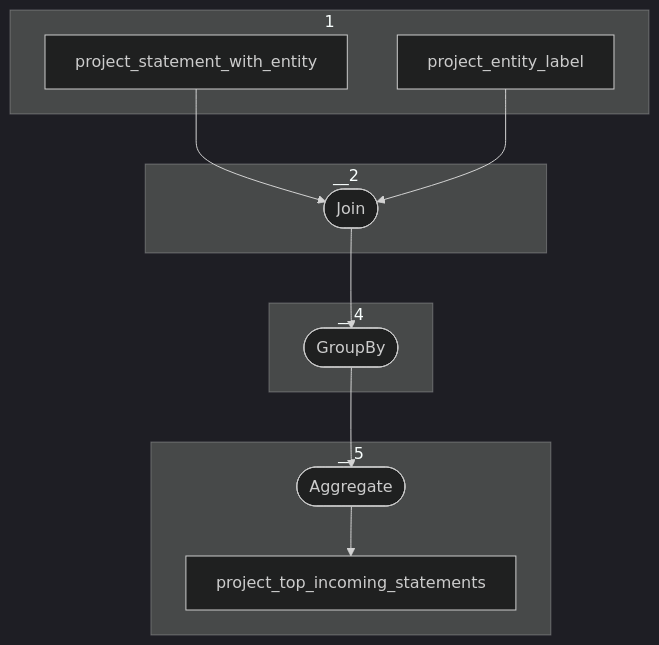
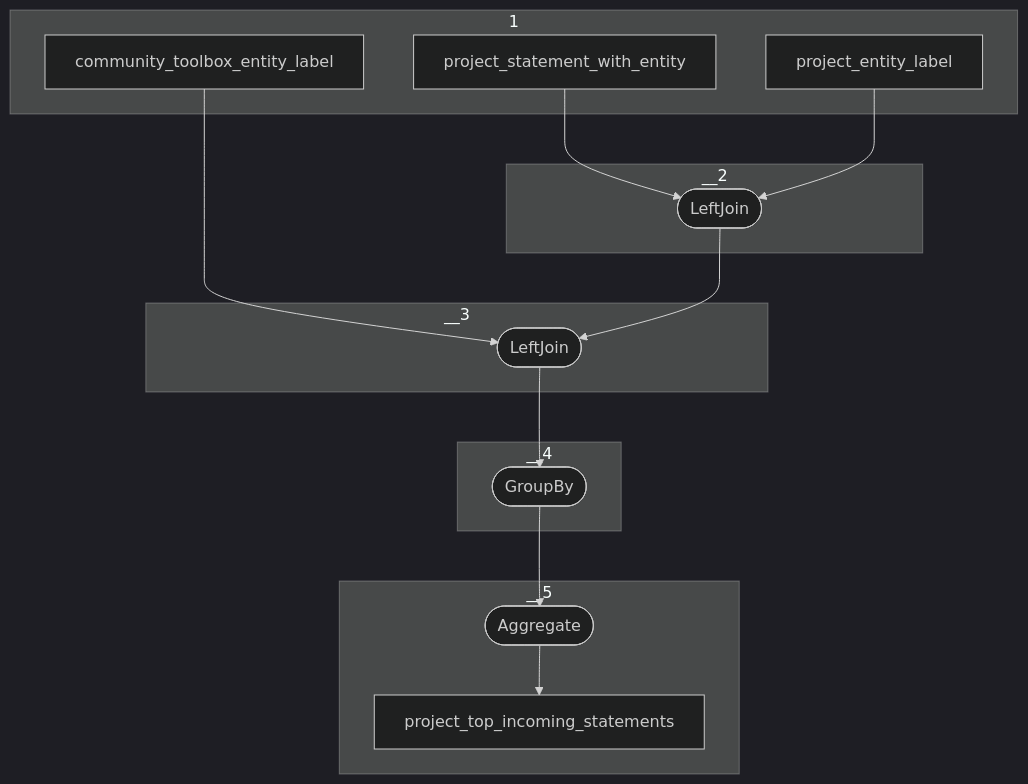
One commit to geovistory/toolbox-streams changed the diagram in app-2-entity-label/src/main/java/org/geovistory/toolbox/streams/entity/label/processsors/project/ProjectTopIncomingStatements.md. Above: the diagram before and after it, drawn with Mermaid (dark theme). The commit also changed other lines of this file and 24 other files, not shown here.

````diff
--- a/app-2-entity-label/src/main/java/org/geovistory/toolbox/streams/entity/label/processsors/project/ProjectTopIncomingStatements.md
+++ b/app-2-entity-label/src/main/java/org/geovistory/toolbox/streams/entity/label/processsors/project/ProjectTopIncomingStatements.md
@@ -5,21 +5,26 @@
 ```mermaid
 flowchart TD
-    1a-->2a-->4a-->5a-->5b
-    1c-->2a
-
+    1b-->3a
+    1a-->2a
+    1c-->2a-->3a-->4a-->5a-->5b 
+    
     subgraph 1
         1a[project_statement_with_entity]
+        1b[community_toolbox_entity_label]
         1c[project_entity_label]
     end
     subgraph __2
-        2a([Join])
+        2a([LeftJoin])
+    end 
+    subgraph __3
+        3a([LeftJoin])
     end  
     subgraph __4
         4a([GroupBy])
     end  
     subgraph __5
         5a([Aggregate])
         5b[project_top_incoming_statements]
     end
 
 ```
````
